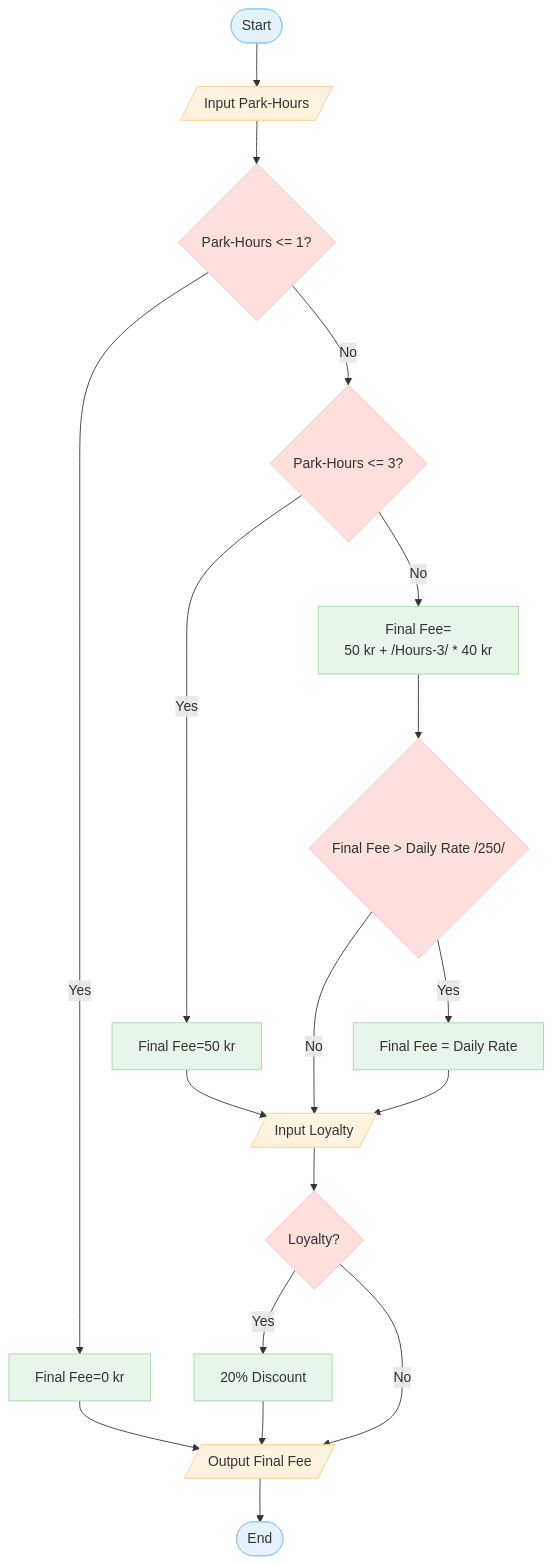
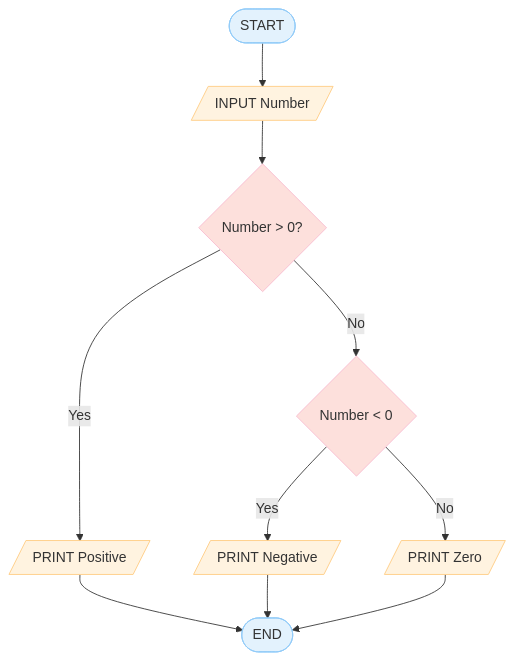
The fourth of 4 diagrams in Algorithm-Flowchart-Workshop.md (IsaVII/2_Alogritm-Flowchart), drawn with Mermaid before and after one commit. The commit also changed other lines of this file, not shown here.

Commit message:
Task 4 finished

````diff
--- a/Algorithm-Flowchart-Workshop.md
+++ b/Algorithm-Flowchart-Workshop.md
@@ -163,40 +174,25 @@
 ```mermaid
 flowchart TD
-    A([Start]):::term-->
-    B[/Input Park-Hours/]:::io
+    A([START]):::term-->
+    B[/INPUT Number/]:::io
+    B --> C{Number > 0?}:::dec
+    C-->|Yes| D[/PRINT Positive/]:::io
+    D --> E([END]):::term
 
-    B --> C{Park-Hours <= 1?}:::dec
-    C -- Yes --> D[Final Fee=0 kr]:::proc
-    D-->Out
-   
+    C-->|No| F{Number < 0}:::dec
+    F-->|Yes| G[/PRINT Negative/]:::io
+    G --> E
 
-    C -- No --> G{Park-Hours <= 3?}:::dec
-    G -- Yes --> H[Final Fee=50 kr]:::proc
-    H-->LC
-
-    G -- No --> J[Final Fee=
-    50 kr + /Hours-3/ * 40 kr]:::proc
-    J--> K{Final Fee > Daily Rate /250/}:::dec
-    K -- No --> LC
-    
-    K -- Yes --> L[Final Fee = Daily Rate]:::proc  
-    L --> LC[/Input Loyalty/]:::io
-    LC --> M{Loyalty?}:::dec
-    M-- Yes --> N[20% Discount]:::proc  
-
-     N --> Out[/Output Final Fee/]:::io
-     M -- No --> Out
-     Out --> End
+    F -->|No|H[/PRINT Zero/]:::io
+    H-->E
 
  
-    End([End]):::term 
-  
   classDef term fill:#e3f2fd,stroke:#90caf9,color:#333,stroke-width:1px;
   classDef io fill:#fff3e0,stroke:#ffcc80,color:#333,stroke-width:1px;
   classDef proc fill:#e8f5e9,stroke:#a5d6a7,color:#333,stroke-width:1px;
   classDef dec fill:#fde0dc,stroke:#f8bbd0,color:#333,stroke-width:1px;
   classDef pre fill:#ede7f6,stroke:#b39ddb,color:#333,stroke-width:1px;
   classDef conn fill:#f5f5f5,stroke:#bdbdbd,color:#333,stroke-width:1px;
   classDef hide fill:none,stroke:none,color:none;
   classDef label fill:none,stroke:none,color:#333,text-align:center;
 ```
````
